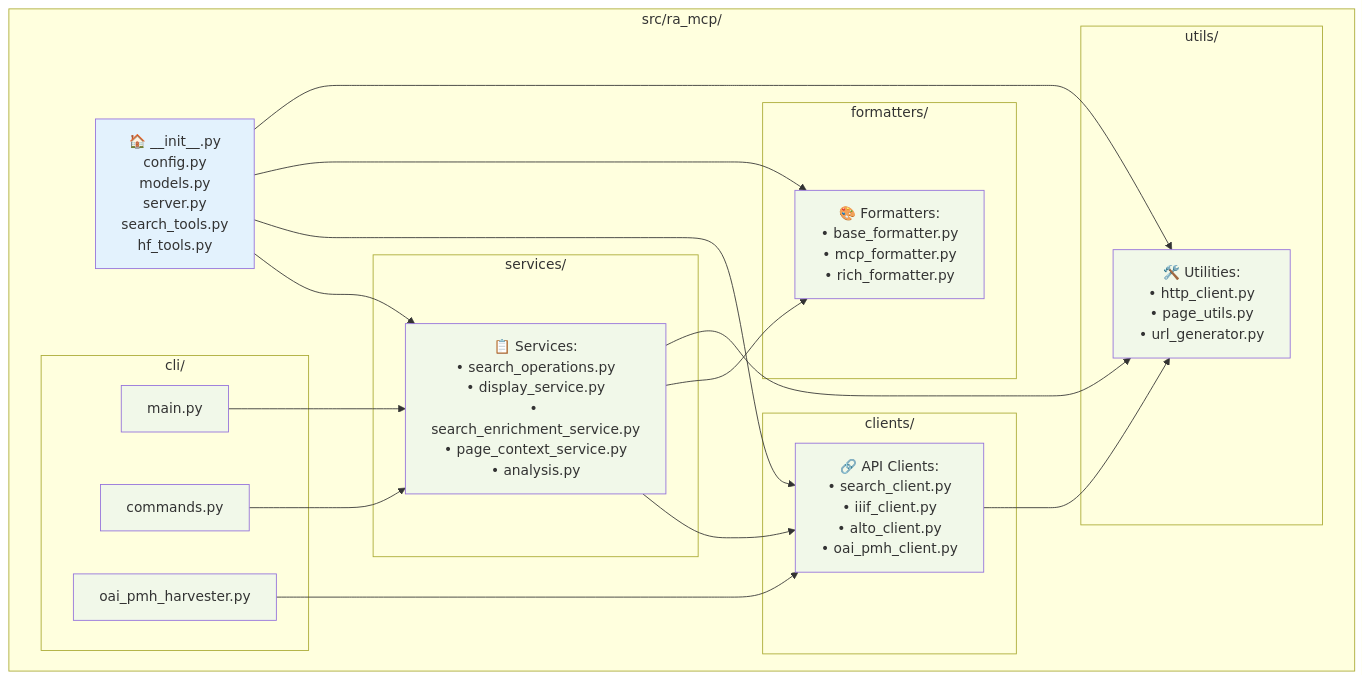
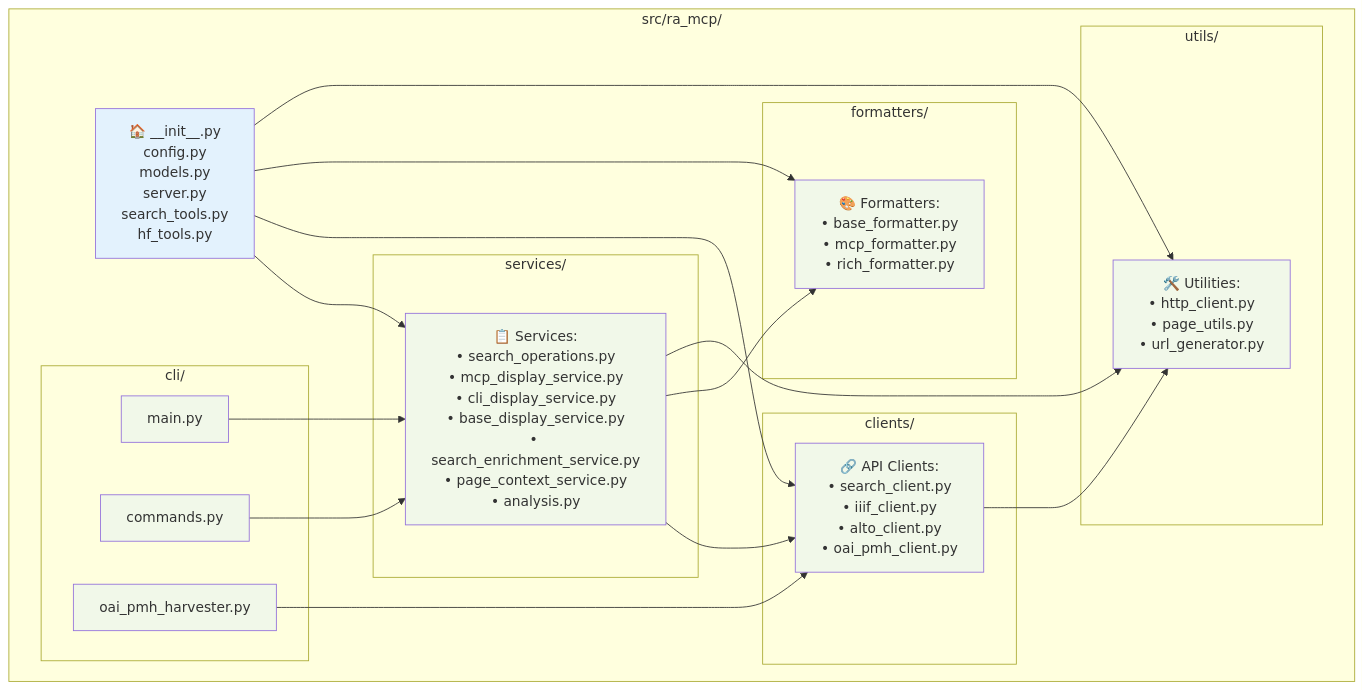
Before and after one commit to AI-Riksarkivet/ra-mcp: the second of 5 diagrams in docs/architecture-diagrams.md, drawn with Mermaid. The commit also changed other lines of this file and 7 other files, not shown here.

First line of the commit message:
refactor(services): split DisplayService into interface-specific services

````diff
--- a/docs/architecture-diagrams.md
+++ b/docs/architecture-diagrams.md
@@ -127,51 +129,51 @@
 ```mermaid
 graph TB
     subgraph "src/ra_mcp/"
         ROOT[🏠 __init__.py<br/>config.py<br/>models.py<br/>server.py<br/>search_tools.py<br/>hf_tools.py]
 
         subgraph "cli/"
             CLI_MAIN[main.py]
             CLI_COMMANDS[commands.py]
             CLI_HARVESTER[oai_pmh_harvester.py]
         end
 
         subgraph "services/"
-            SERVICES[📋 Services:<br/>• search_operations.py<br/>• display_service.py<br/>• search_enrichment_service.py<br/>• page_context_service.py<br/>• analysis.py]
+            SERVICES[📋 Services:<br/>• search_operations.py<br/>• mcp_display_service.py<br/>• cli_display_service.py<br/>• base_display_service.py<br/>• search_enrichment_service.py<br/>• page_context_service.py<br/>• analysis.py]
         end
 
         subgraph "clients/"
             CLIENTS[🔗 API Clients:<br/>• search_client.py<br/>• iiif_client.py<br/>• alto_client.py<br/>• oai_pmh_client.py]
         end
 
         subgraph "formatters/"
             FORMATTERS[🎨 Formatters:<br/>• base_formatter.py<br/>• mcp_formatter.py<br/>• rich_formatter.py]
         end
 
         subgraph "utils/"
             UTILS[🛠️ Utilities:<br/>• http_client.py<br/>• page_utils.py<br/>• url_generator.py]
         end
     end
 
     %% Dependencies
     ROOT --> SERVICES
     ROOT --> CLIENTS
     ROOT --> FORMATTERS
     ROOT --> UTILS
 
     CLI_MAIN --> SERVICES
     CLI_COMMANDS --> SERVICES
     CLI_HARVESTER --> CLIENTS
 
     SERVICES --> CLIENTS
     SERVICES --> FORMATTERS
     SERVICES --> UTILS
 
     CLIENTS --> UTILS
 
     classDef rootClass fill:#e3f2fd
     classDef moduleClass fill:#f1f8e9
     classDef dependencyClass fill:#fff3e0
 
     class ROOT rootClass
     class SERVICES,CLIENTS,FORMATTERS,UTILS,CLI_MAIN,CLI_COMMANDS,CLI_HARVESTER moduleClass
 ```
````
